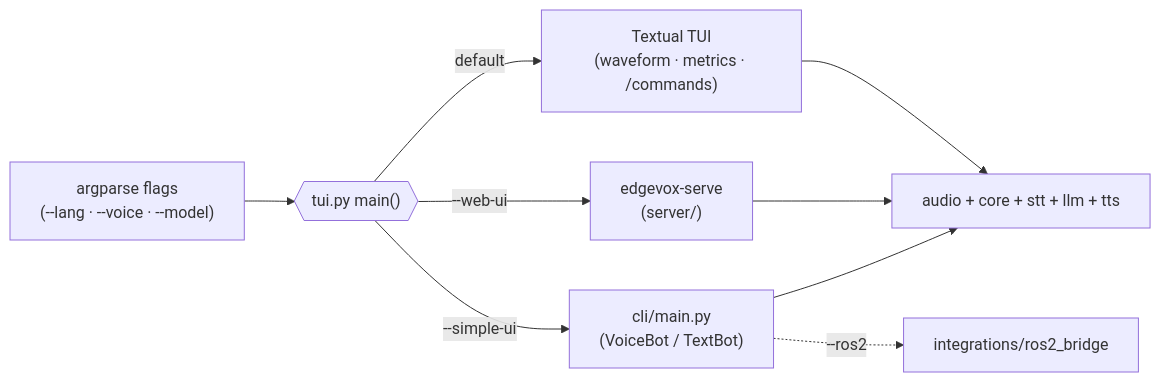
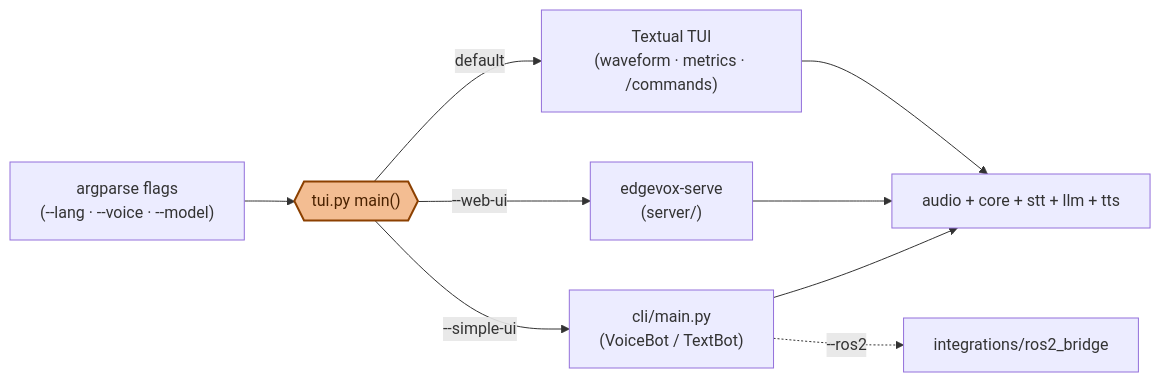
One commit to vietanhdev/edgevox changed the ninth of 10 diagrams in docs/documentation/components.md. Above: the diagram before and after it, drawn with Mermaid. The commit also changed other lines of this file and 10 other files, not shown here.

````diff
--- a/docs/documentation/components.md
+++ b/docs/documentation/components.md
@@ -333,10 +349,12 @@
 ```mermaid
 flowchart LR
     ARGS["argparse flags<br/>(--lang · --voice · --model)"] --> ROUTER
     ROUTER{{"tui.py main()"}} -->|default| TUI["Textual TUI<br/>(waveform · metrics · /commands)"]
     ROUTER -->|--web-ui| WEB["edgevox-serve<br/>(server/)"]
     ROUTER -->|--simple-ui| CLI["cli/main.py<br/>(VoiceBot / TextBot)"]
 
     TUI & WEB & CLI --> PIPE["audio + core + stt + llm + tts"]
     CLI -.->|--ros2| ROS["integrations/ros2_bridge"]
+    classDef focal fill:#f3bd92,stroke:#8c4000,color:#4a2200,stroke-width:2px
+    class ROUTER focal
 ```
````
